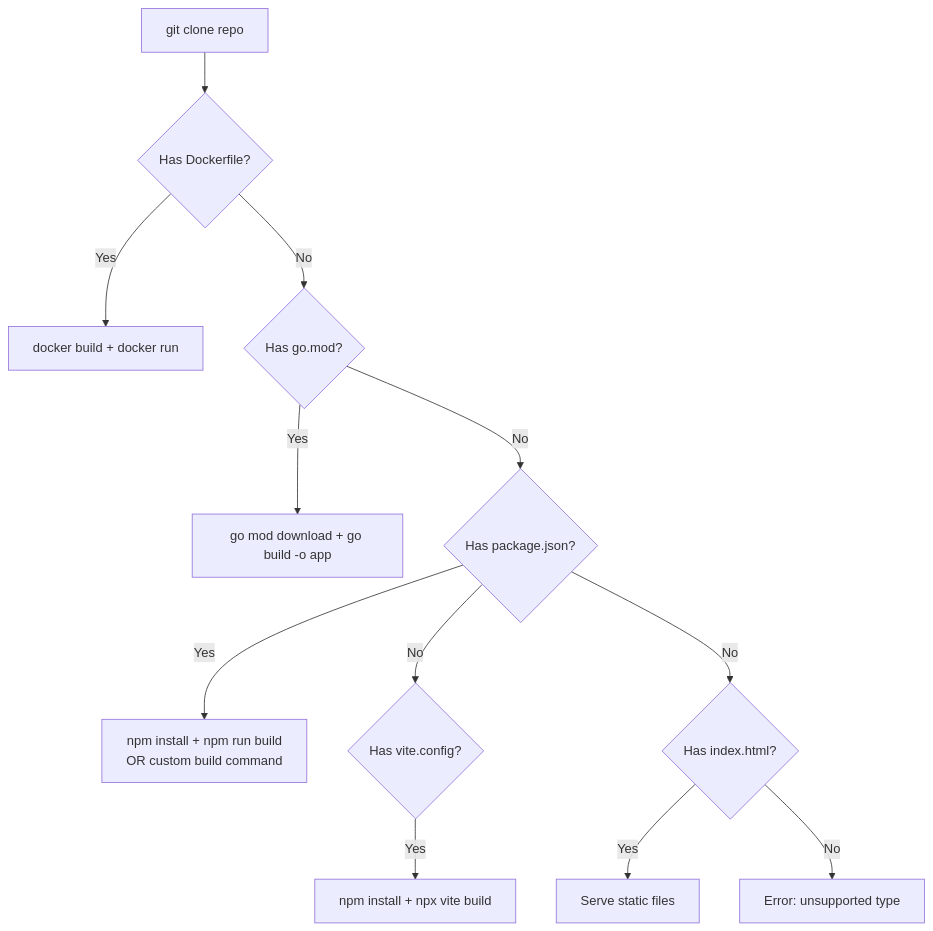
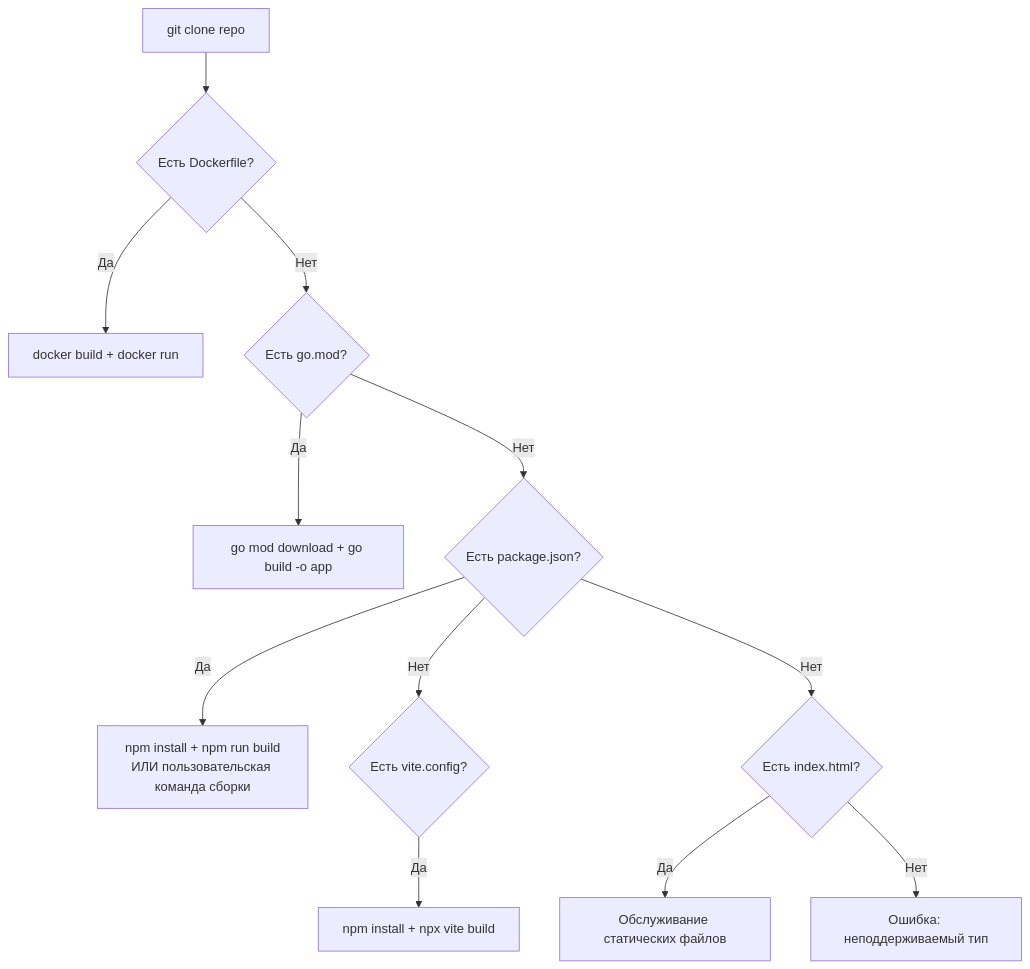
One commit to botoli/NovexPanel changed the sixth of 6 diagrams in Review-NovexPanel.md. Above: the diagram before and after it, drawn with Mermaid. The commit also changed other lines of this file, not shown here.

````diff
--- a/Review-NovexPanel.md
+++ b/Review-NovexPanel.md
@@ -330,15 +334,15 @@
 ```mermaid
 flowchart TD
     CLONE["git clone repo"] --> DETECT
-    DETECT{"Has Dockerfile?"}
-    DETECT -->|Yes| DOCKER["docker build + docker run"]
-    DETECT -->|No| CHECK_GO{"Has go.mod?"}
-    CHECK_GO -->|Yes| GO["go mod download + go build -o app"]
-    CHECK_GO -->|No| CHECK_NODE{"Has package.json?"}
-    CHECK_NODE -->|Yes| NPM["npm install + npm run build<br/>OR custom build command"]
-    CHECK_NODE -->|No| CHECK_VITE{"Has vite.config?"}
-    CHECK_VITE -->|Yes| VITE["npm install + npx vite build"]
-    CHECK_NODE -->|No| CHECK_STATIC{"Has index.html?"}
-    CHECK_STATIC -->|Yes| STATIC["Serve static files"]
-    CHECK_STATIC -->|No| UNSUPPORTED["Error: unsupported type"]
+    DETECT{"Есть Dockerfile?"}
+    DETECT -->|Да| DOCKER["docker build + docker run"]
+    DETECT -->|Нет| CHECK_GO{"Есть go.mod?"}
+    CHECK_GO -->|Да| GO["go mod download + go build -o app"]
+    CHECK_GO -->|Нет| CHECK_NODE{"Есть package.json?"}
+    CHECK_NODE -->|Да| NPM["npm install + npm run build<br/>ИЛИ пользовательская команда сборки"]
+    CHECK_NODE -->|Нет| CHECK_VITE{"Есть vite.config?"}
+    CHECK_VITE -->|Да| VITE["npm install + npx vite build"]
+    CHECK_NODE -->|Нет| CHECK_STATIC{"Есть index.html?"}
+    CHECK_STATIC -->|Да| STATIC["Обслуживание статических файлов"]
+    CHECK_STATIC -->|Нет| UNSUPPORTED["Ошибка: неподдерживаемый тип"]
 ```
````
